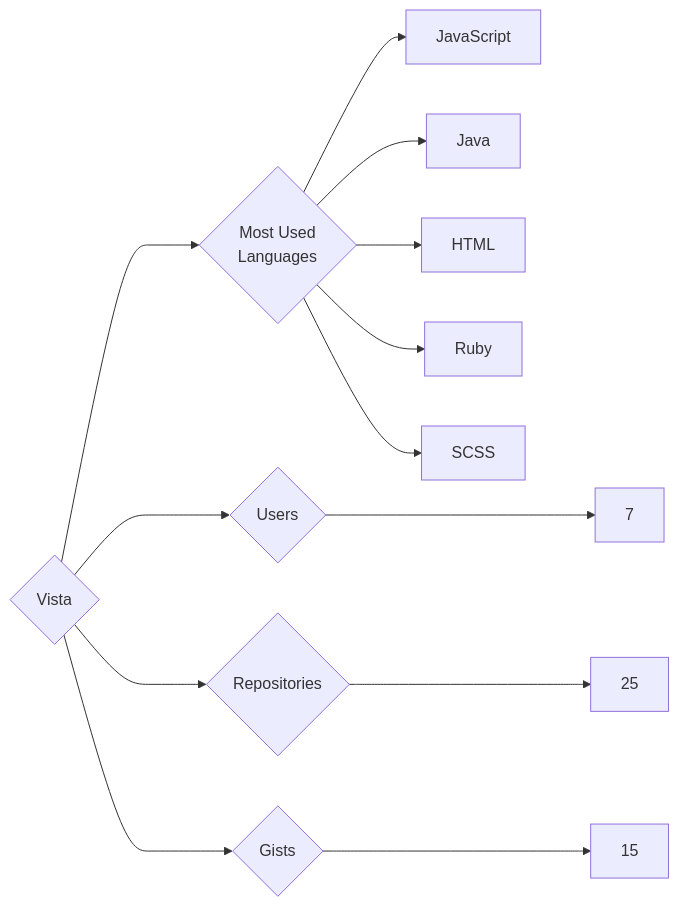
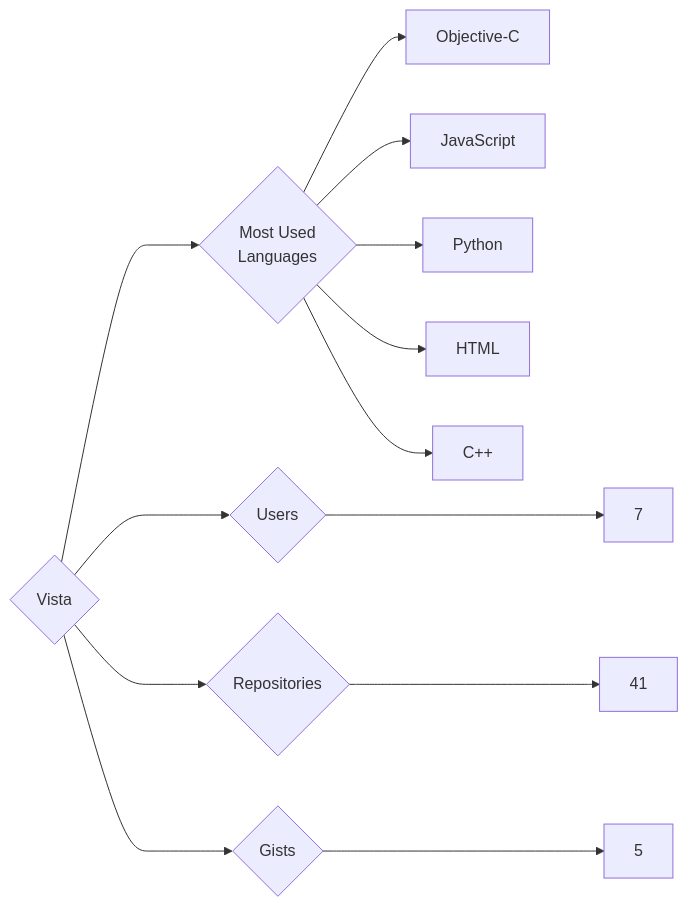
One commit to trickest/insiders changed the diagram in targets/Vista/README.md. Above: the diagram before and after it, drawn with Mermaid. The commit also changed 871 other files, not shown here.

````diff
--- a/targets/Vista/README.md
+++ b/targets/Vista/README.md
@@ -3,13 +3,13 @@
 ```mermaid
 graph LR
 COMPANY_NAME{Vista}
 COMPANY_NAME ---> U{Users} ---> UN[7]
-COMPANY_NAME ---> R{Repositories} ---> RN[25]
-COMPANY_NAME ---> G{Gists} ---> GN[15]
+COMPANY_NAME ---> R{Repositories} ---> RN[41]
+COMPANY_NAME ---> G{Gists} ---> GN[5]
 COMPANY_NAME ---> ML{Most Used<br>Languages}
+ML --> Objective-C[Objective-C]
 ML --> JavaScript[JavaScript]
-ML --> Java[Java]
+ML --> Python[Python]
 ML --> HTML[HTML]
-ML --> Ruby[Ruby]
-ML --> SCSS[SCSS]
+ML --> C++[C++]
 ```
````
